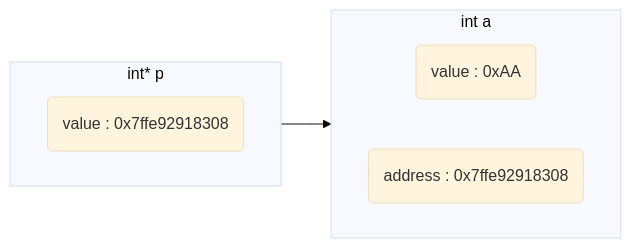
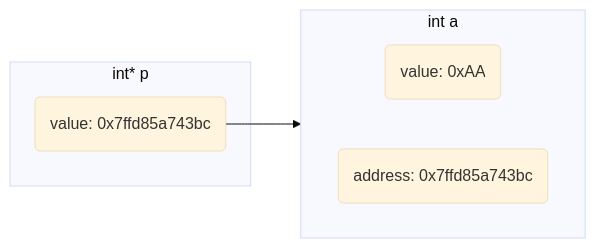
The seventh of 11 diagrams in _posts/language/c_c++/pointer/2022-01-08-指针.md (dmjcb/dmjcb.github.io), drawn with Mermaid (base theme) before and after one commit. The commit also changed other lines of this file and 17 other files, not shown here.

````diff
--- a/_posts/language/c_c++/pointer/2022-01-08-指针.md
+++ b/_posts/language/c_c++/pointer/2022-01-08-指针.md
@@ -173,13 +208,12 @@
 ```mermaid
 graph LR;
     subgraph S1[int a]
-        direction LR
-        V2(value : 0xAA)
-        A2(address : 0x7ffe92918308)
+        direction LR;
+        V2(value: 0xAA)
+        A2(address: 0x7ffd85a743bc)
     end
     subgraph S2[int* p]
-        direction LR
-        V1(value : 0x7ffe92918308)
+        V1(value: 0x7ffd85a743bc)
     end
-    V1-->S1
+    V1-->A2
 ```
````
